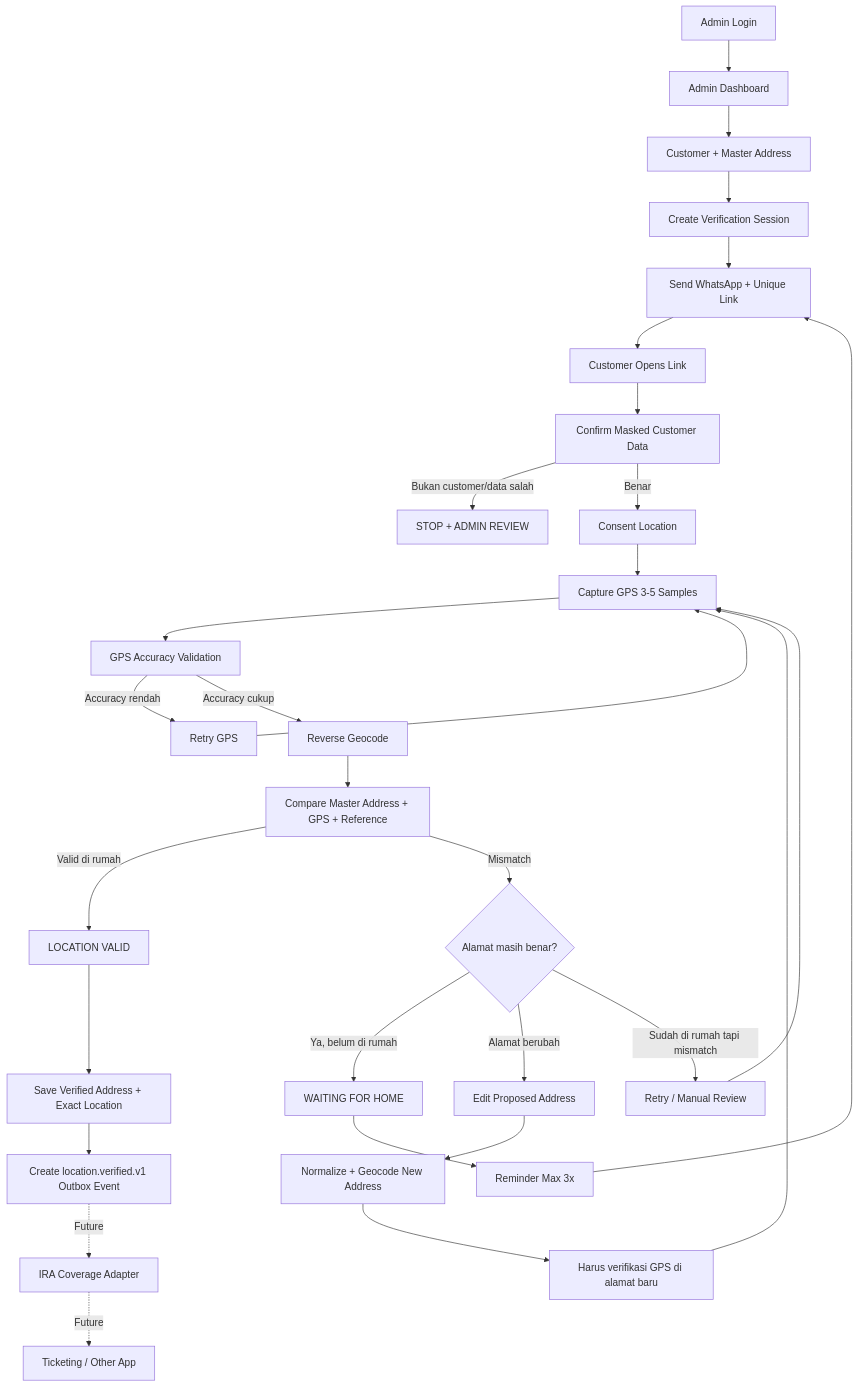
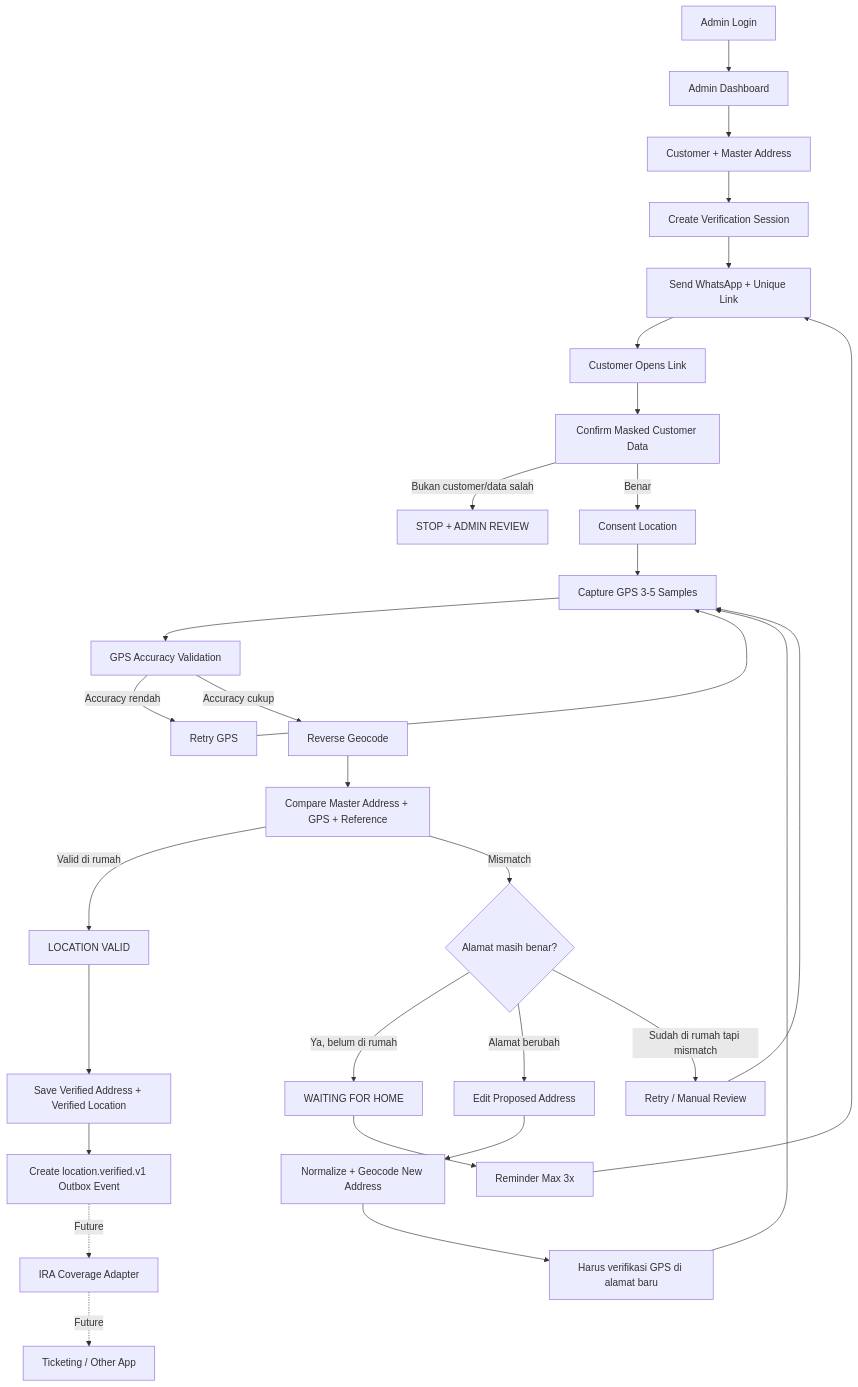
Before and after one commit to LeonPradagon/ira-preregister-location: the first of 4 diagrams in PRD_Exact_Location_Customer_IRA_v0.6.md, drawn with Mermaid. The commit also changed other lines of this file and 71 other files, not shown here.

````diff
--- a/PRD_Exact_Location_Customer_IRA_v0.6.md
+++ b/PRD_Exact_Location_Customer_IRA_v0.6.md
@@ -434,43 +434,43 @@
 ```mermaid
 flowchart TD
     A[Admin Login] --> B[Admin Dashboard]
     B --> C[Customer + Master Address]
     C --> D[Create Verification Session]
     D --> E[Send WhatsApp + Unique Link]
 
     E --> F[Customer Opens Link]
     F --> G[Confirm Masked Customer Data]
 
     G -->|Bukan customer/data salah| H[STOP + ADMIN REVIEW]
     G -->|Benar| I[Consent Location]
 
     I --> J[Capture GPS 3-5 Samples]
     J --> K[GPS Accuracy Validation]
 
     K -->|Accuracy rendah| L[Retry GPS]
     L --> J
 
     K -->|Accuracy cukup| M[Reverse Geocode]
     M --> N[Compare Master Address + GPS + Reference]
 
     N -->|Valid di rumah| O[LOCATION VALID]
     N -->|Mismatch| P{Alamat masih benar?}
 
     P -->|Ya, belum di rumah| Q[WAITING FOR HOME]
     Q --> R[Reminder Max 3x]
     R --> E
 
     P -->|Alamat berubah| S[Edit Proposed Address]
     S --> T[Normalize + Geocode New Address]
     T --> U[Harus verifikasi GPS di alamat baru]
     U --> J
 
     P -->|Sudah di rumah tapi mismatch| V[Retry / Manual Review]
     V --> J
 
-    O --> W[Save Verified Address + Exact Location]
+    O --> W[Save Verified Address + Verified Location]
     W --> X[Create location.verified.v1 Outbox Event]
 
     X -. Future .-> Y[IRA Coverage Adapter]
     Y -. Future .-> Z[Ticketing / Other App]
 ```
````
